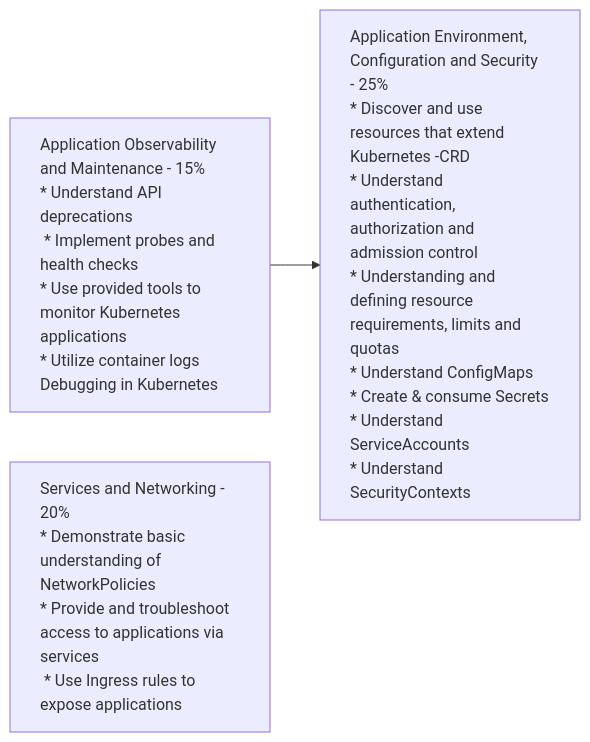
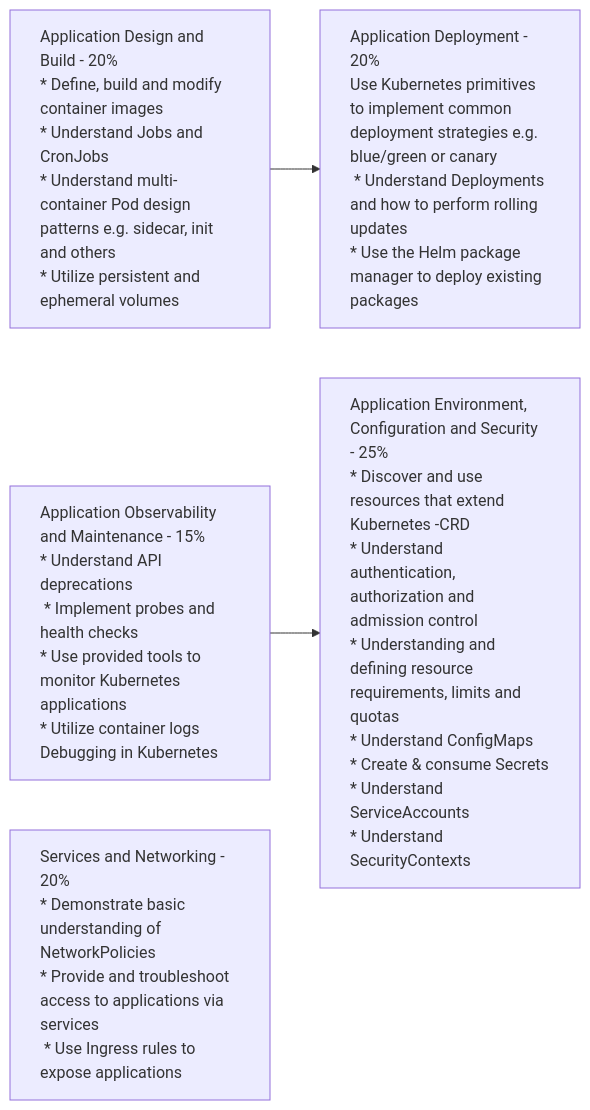
One commit to edithturn/CKAD-training changed the diagram in README.md. Above: the diagram before and after it, drawn with Mermaid.

Commit message:
domain part II

````diff
--- a/README.md
+++ b/README.md
@@ -21,9 +13,15 @@
 ```mermaid
 flowchart LR
+A[Application Design and Build - 20%<br />* Define, build and modify container images<br />* Understand Jobs and CronJobs<br />* Understand multi-container Pod design patterns e.g. sidecar, init and others<br />* Utilize persistent and ephemeral volumes] --> B
+style A text-align:left
+
+B[Application Deployment - 20%<br />Use Kubernetes primitives to implement common deployment strategies e.g. blue/green or canary<br /> * Understand Deployments and how to perform rolling updates<br />* Use the Helm package manager to deploy existing packages]
+style B text-align:left
+
 C[Application Observability and Maintenance - 15%<br />* Understand API deprecations<br /> * Implement probes and health checks<br />* Use provided tools to monitor Kubernetes applications<br />* Utilize container logs Debugging in Kubernetes] --> D
 style C text-align:left
 D[Application Environment, Configuration and Security - 25%<br />* Discover and use resources that extend Kubernetes -CRD<br />* Understand authentication, authorization and admission control<br />* Understanding and defining resource requirements, limits and quotas<br />* Understand ConfigMaps<br />* Create & consume Secrets<br />* Understand ServiceAccounts<br />* Understand SecurityContexts]
 style D text-align:left
 E[Services and Networking - 20%<br />* Demonstrate basic understanding of NetworkPolicies<br />* Provide and troubleshoot access to applications via services<br /> * Use Ingress rules to expose applications]
 style E text-align:left
 ```
````
